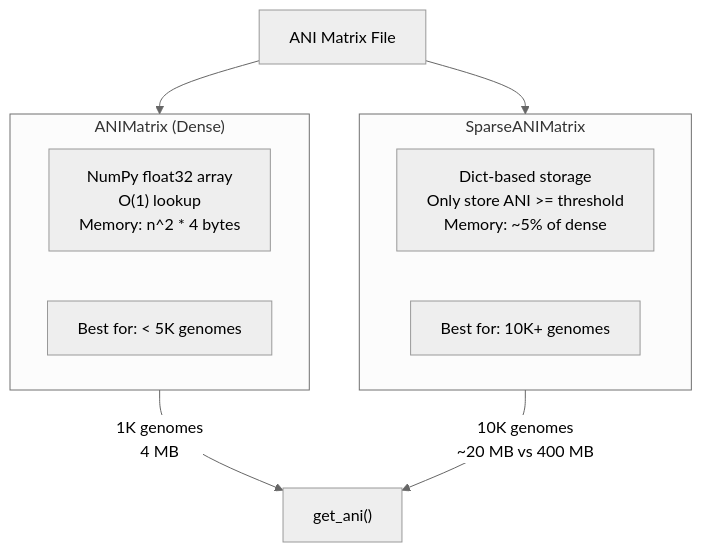
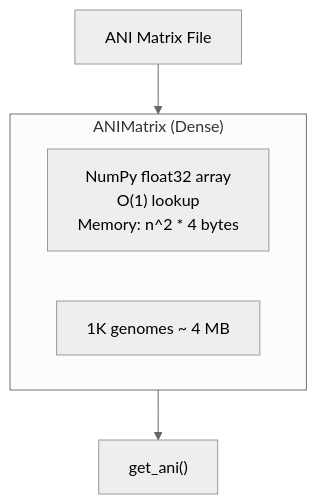
Before and after one commit to FOI-Bioinformatics/metadarkmatter: the sixth of 21 diagrams in docs/ARCHITECTURE.md, drawn with Mermaid (neutral theme). The commit also changed other lines of this file and 19 other files, not shown here.

````diff
--- a/docs/ARCHITECTURE.md
+++ b/docs/ARCHITECTURE.md
@@ -245,20 +222,11 @@
 ```mermaid
 flowchart TB
     subgraph dense["ANIMatrix (Dense)"]
         direction LR
         D_DESC["NumPy float32 array<br/>O(1) lookup<br/>Memory: n^2 * 4 bytes"]
-        D_USE["Best for: < 5K genomes"]
-    end
-
-    subgraph sparse["SparseANIMatrix"]
-        direction LR
-        S_DESC["Dict-based storage<br/>Only store ANI >= threshold<br/>Memory: ~5% of dense"]
-        S_USE["Best for: 10K+ genomes"]
+        D_USE["1K genomes ~ 4 MB"]
     end
 
     FILE["ANI Matrix File"] --> dense
-    FILE --> sparse
-
-    dense --> |"1K genomes<br/>4 MB"| LOOKUP["get_ani()"]
-    sparse --> |"10K genomes<br/>~20 MB vs 400 MB"| LOOKUP
+    dense --> LOOKUP["get_ani()"]
 ```
````
